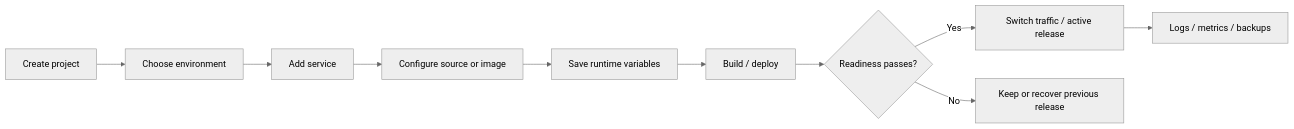
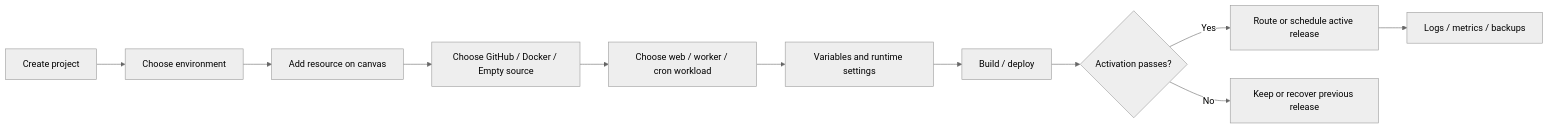
One commit to MinnKhantThuu/cloudrail changed the diagram in README.md. Above: the diagram before and after it, drawn with Mermaid (neutral theme). The commit also changed other lines of this file and 5 other files, not shown here.

Commit message:
Complete compute flow documentation

````diff
--- a/README.md
+++ b/README.md
@@ -93,12 +94,13 @@
 ```mermaid
 flowchart LR
   A[Create project] --> B[Choose environment]
-  B --> C[Add service]
-  C --> D[Configure source or image]
-  D --> E[Save runtime variables]
-  E --> F[Build / deploy]
-  F --> G{Readiness passes?}
-  G -->|Yes| H[Switch traffic / active release]
-  G -->|No| I[Keep or recover previous release]
-  H --> J[Logs / metrics / backups]
+  B --> C[Add resource on canvas]
+  C --> D[Choose GitHub / Docker / Empty source]
+  D --> E[Choose web / worker / cron workload]
+  E --> F[Variables and runtime settings]
+  F --> G[Build / deploy]
+  G --> H{Activation passes?}
+  H -->|Yes| I[Route or schedule active release]
+  H -->|No| J[Keep or recover previous release]
+  I --> K[Logs / metrics / backups]
 ```
````
